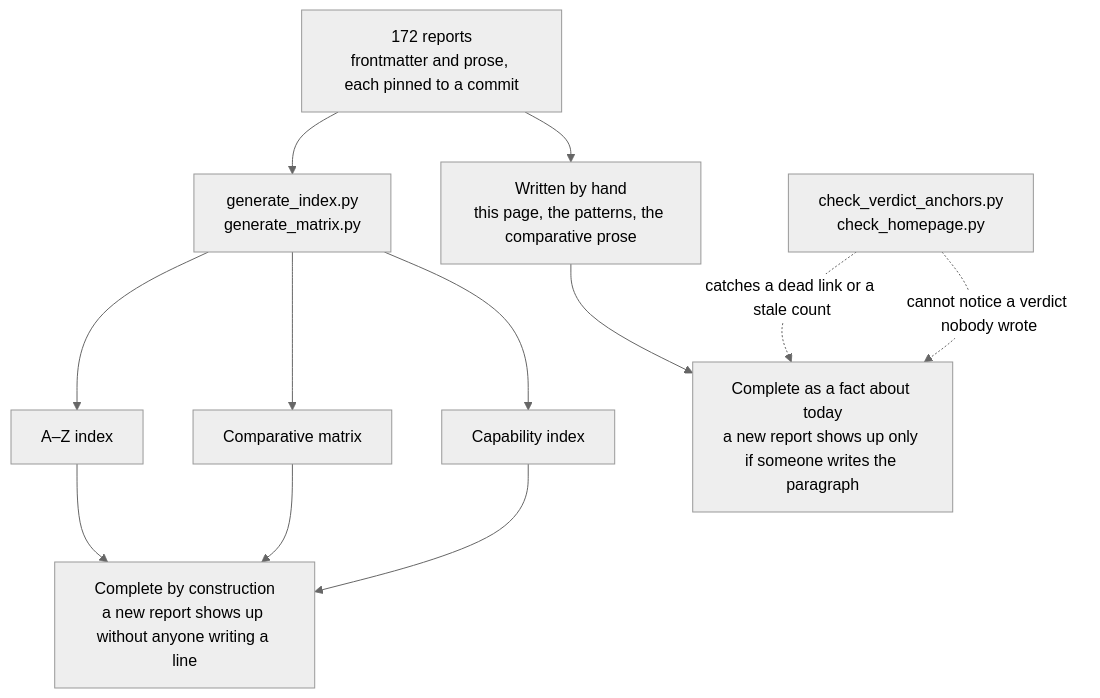
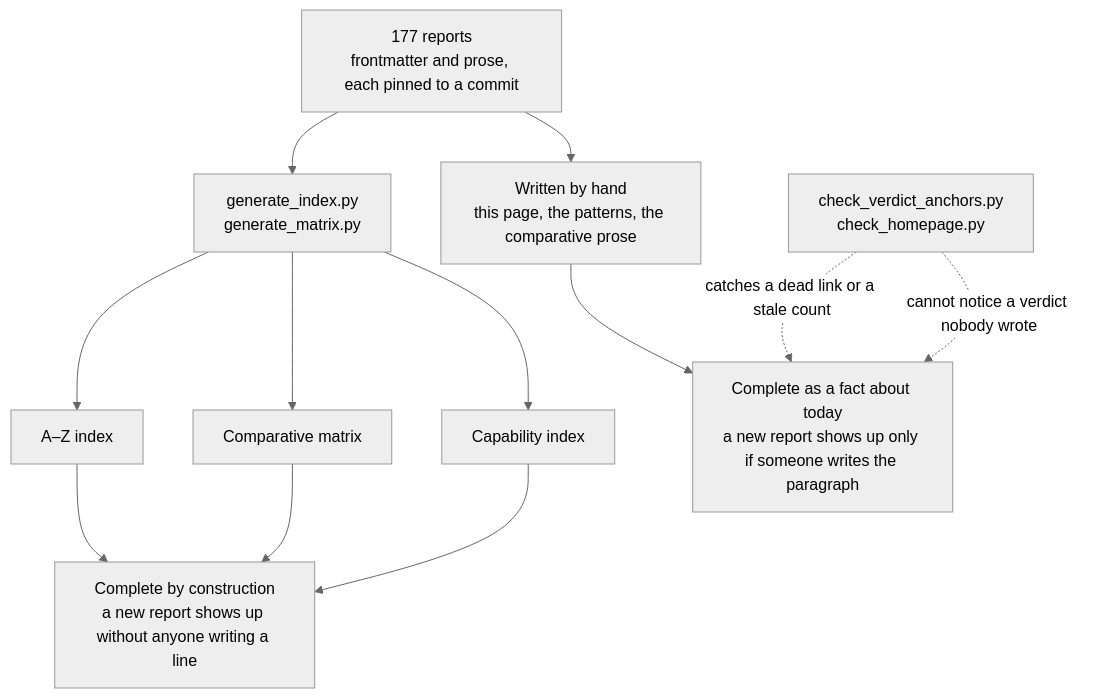
One commit to neoneye/agent-memory-atlas changed the diagram in content/verdicts.md. Above: the diagram before and after it, drawn with Mermaid (neutral theme). The commit also changed other lines of this file and 200 other files, not shown here.

````diff
--- a/content/verdicts.md
+++ b/content/verdicts.md
@@ -40,15 +40,15 @@
 ```mermaid
 flowchart TD
-    R["172 reports<br/>frontmatter and prose, each pinned to a commit"]
+    R["177 reports<br/>frontmatter and prose, each pinned to a commit"]
     R --> GEN["generate_index.py<br/>generate_matrix.py"]
     R --> HAND["Written by hand<br/>this page, the patterns, the comparative prose"]
     GEN --> AZ["A–Z index"]
     GEN --> MX["Comparative matrix"]
     GEN --> CI["Capability index"]
     AZ --> CONST["Complete by construction<br/>a new report shows up without anyone writing a line"]
     MX --> CONST
     CI --> CONST
     HAND --> TODAY["Complete as a fact about today<br/>a new report shows up only if someone writes the paragraph"]
     CHK["check_verdict_anchors.py<br/>check_homepage.py"] -.->|"catches a dead link or a stale count"| TODAY
     CHK -.->|"cannot notice a verdict nobody wrote"| TODAY
 ```
````
